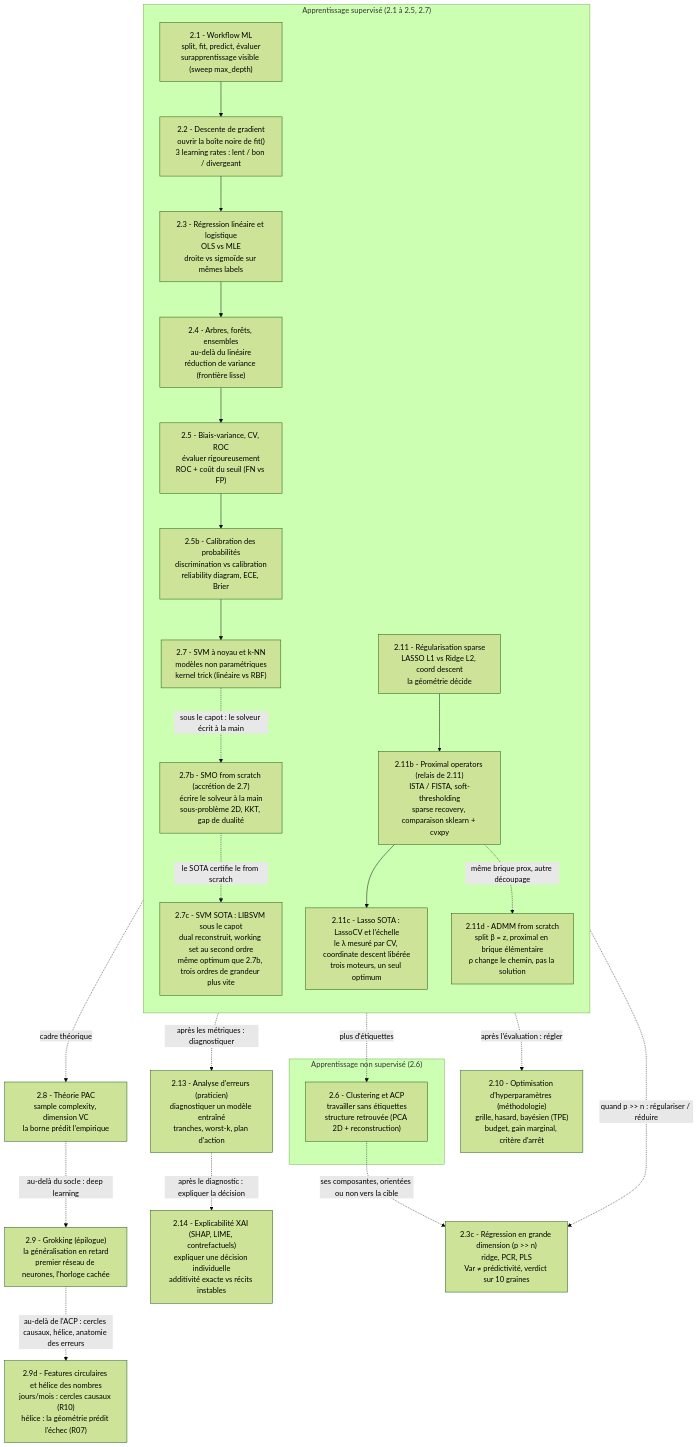
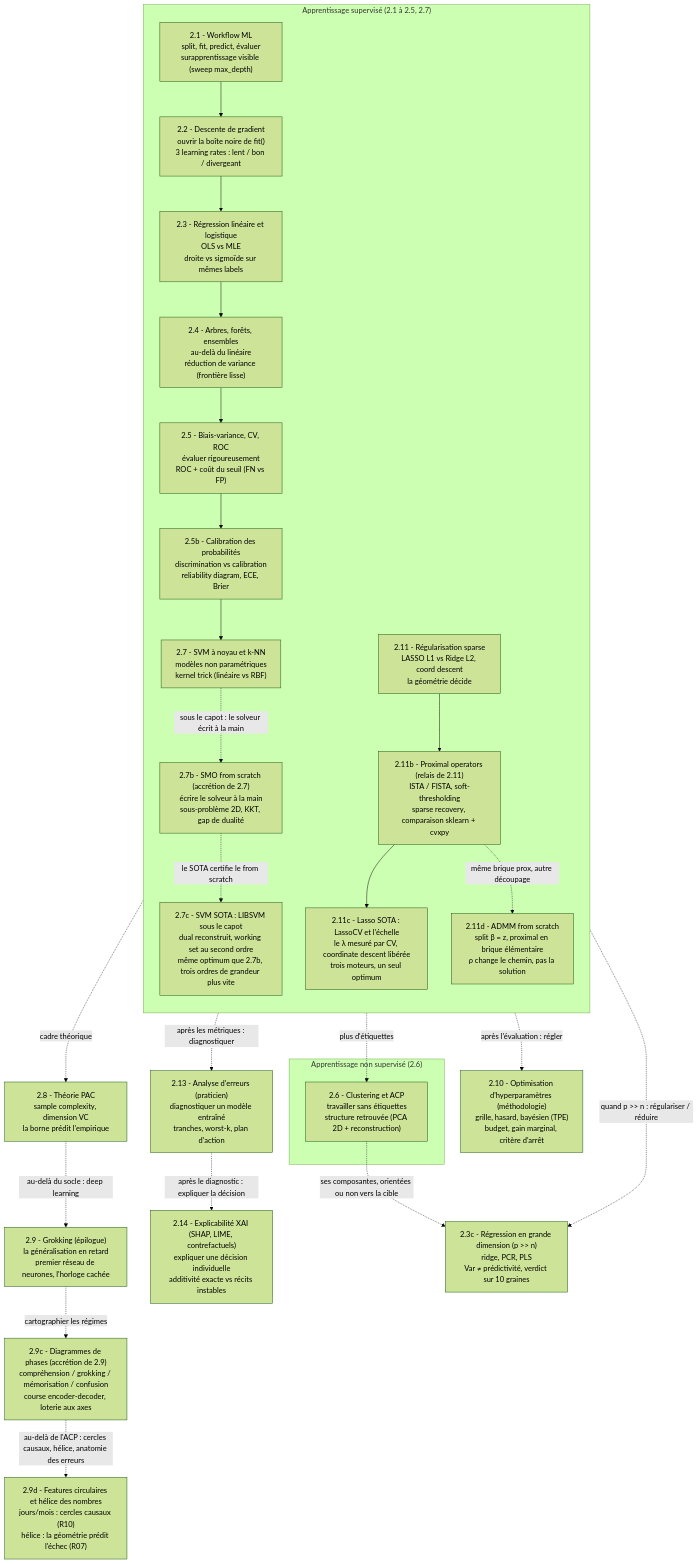
Before and after one commit to jsboige/CoursIA: the diagram in MyIA.AI.Notebooks/ML/DataScienceWithAgents/02-ML-Cours/README.md, drawn with Mermaid (forest theme). The commit also changed other lines of this file and 1 other file, not shown here.

Commit message:
feat(ml,#16742): add 2.9b-Grokking-Diagrammes-Phases notebook (R02 phase diagrams)
New sibling of 2.9 (accretion numbering). Four montages per Liu, Michaud
& Tegmark 2022 (R02, arXiv:2205.10343): hardcoded-decoder toy (RQI=1.000
at all data fractions, dAcc parallelogram bound 0.609<=0.890 -> 0.977<=1.000),
learned-decoder phase map (100 vectorized multi-seed runs in ~36s, Table-1
criteria, GROKK as single boundary cell at 0.70 x 1e-2, val landscape 0.03
-> 0.90), MNIST App J A/B (init x10: train 1.000 val 0.130 never crossing
60% in 25k steps = memorization; init x1: val 0.905 crossing at step 500 =
comprehension), P=97 axes-lottery App K (circular corr init-on-final-axes
0.075 = forged not inherited; Fig-22-exact truncation 0.013 -> 0.930 at
10/32 axes). 4 exercises (C.1 stubs), README table row + epilogue fix +
thematic block + mermaid node. Papermill kernel coursia-ml-training, 12/12
code cells executed, 0 errors.

````diff
--- a/MyIA.AI.Notebooks/ML/DataScienceWithAgents/02-ML-Cours/README.md
+++ b/MyIA.AI.Notebooks/ML/DataScienceWithAgents/02-ML-Cours/README.md
@@ -113,43 +116,45 @@
 ```mermaid
 flowchart TD
     subgraph SUP["Apprentissage supervisé (2.1 à 2.5, 2.7)"]
       direction TB
       A["2.1 - Workflow ML<br/>split, fit, predict, évaluer<br/>surapprentissage visible (sweep max_depth)"]
       B["2.2 - Descente de gradient<br/>ouvrir la boîte noire de fit()<br/>3 learning rates : lent / bon / divergeant"]
       C["2.3 - Régression linéaire et logistique<br/>OLS vs MLE<br/>droite vs sigmoïde sur mêmes labels"]
       D["2.4 - Arbres, forêts, ensembles<br/>au-delà du linéaire<br/>réduction de variance (frontière lisse)"]
       E["2.5 - Biais-variance, CV, ROC<br/>évaluer rigoureusement<br/>ROC + coût du seuil (FN vs FP)"]
       E2["2.5b - Calibration des probabilités<br/>discrimination vs calibration<br/>reliability diagram, ECE, Brier"]
       G["2.7 - SVM à noyau et k-NN<br/>modèles non paramétriques<br/>kernel trick (linéaire vs RBF)"]
       M["2.7b - SMO from scratch (accrétion de 2.7)<br/>écrire le solveur à la main<br/>sous-problème 2D, KKT, gap de dualité"]
       P["2.7c - SVM SOTA : LIBSVM sous le capot<br/>dual reconstruit, working set au second ordre<br/>même optimum que 2.7b, trois ordres de grandeur plus vite"]
       S["2.11 - Régularisation sparse<br/>LASSO L1 vs Ridge L2, coord descent<br/>la géométrie décide"]
       N["2.11b - Proximal operators (relais de 2.11)<br/>ISTA / FISTA, soft-thresholding<br/>sparse recovery, comparaison sklearn + cvxpy"]
       Q["2.11c - Lasso SOTA : LassoCV et l'échelle<br/>le λ mesuré par CV, coordinate descent libérée<br/>trois moteurs, un seul optimum"]
       R["2.11d - ADMM from scratch<br/>split β = z, proximal en brique élémentaire<br/>ρ change le chemin, pas la solution"]
       A --> B --> C --> D --> E --> E2 --> G
       G -. "sous le capot : le solveur écrit à la main" .-> M
       M -. "le SOTA certifie le from scratch" .-> P
       S --> N --> Q
       N -. "même brique prox, autre découpage" .-> R
     end
     subgraph UNSUP["Apprentissage non supervisé (2.6)"]
       F["2.6 - Clustering et ACP<br/>travailler sans étiquettes<br/>structure retrouvée (PCA 2D + reconstruction)"]
     end
     H["2.8 - Théorie PAC<br/>sample complexity, dimension VC<br/>la borne prédit l'empirique"]
     I["2.9 - Grokking (épilogue)<br/>la généralisation en retard<br/>premier réseau de neurones, l'horloge cachée"]
-    I2["2.9d - Features circulaires et hélice des nombres<br/>jours/mois : cercles causaux (R10)<br/>hélice : la géométrie prédit l'échec (R07)"]
+    I2["2.9c - Diagrammes de phases (accrétion de 2.9)<br/>compréhension / grokking / mémorisation / confusion<br/>course encoder-decoder, loterie aux axes"]
+    I3["2.9d - Features circulaires et hélice des nombres<br/>jours/mois : cercles causaux (R10)<br/>hélice : la géométrie prédit l'échec (R07)"]
     E -. "plus d'étiquettes" .-> F
     E -. "cadre théorique" .-> H
     H -. "au-delà du socle : deep learning" .-> I
-    I -. "au-delà de l'ACP : cercles causaux, hélice, anatomie des erreurs" .-> I2
+    I -. "cartographier les régimes" .-> I2
+    I2 -. "au-delà de l'ACP : cercles causaux, hélice, anatomie des erreurs" .-> I3
     J["2.13 - Analyse d'erreurs (praticien)<br/>diagnostiquer un modèle entraîné<br/>tranches, worst-k, plan d'action"]
     E -. "après les métriques : diagnostiquer" .-> J
     O["2.14 - Explicabilité XAI (SHAP, LIME, contrefactuels)<br/>expliquer une décision individuelle<br/>additivité exacte vs récits instables"]
     J -. "après le diagnostic : expliquer la décision" .-> O
     K["2.10 - Optimisation d'hyperparamètres (méthodologie)<br/>grille, hasard, bayésien (TPE)<br/>budget, gain marginal, critère d'arrêt"]
     E -. "après l'évaluation : régler" .-> K
     L["2.3c - Régression en grande dimension (p >> n)<br/>ridge, PCR, PLS<br/>Var ≠ prédictivité, verdict sur 10 graines"]
     C -. "quand p >> n : régulariser / réduire" .-> L
     F -. "ses composantes, orientées ou non vers la cible" .-> L
 ```
````
